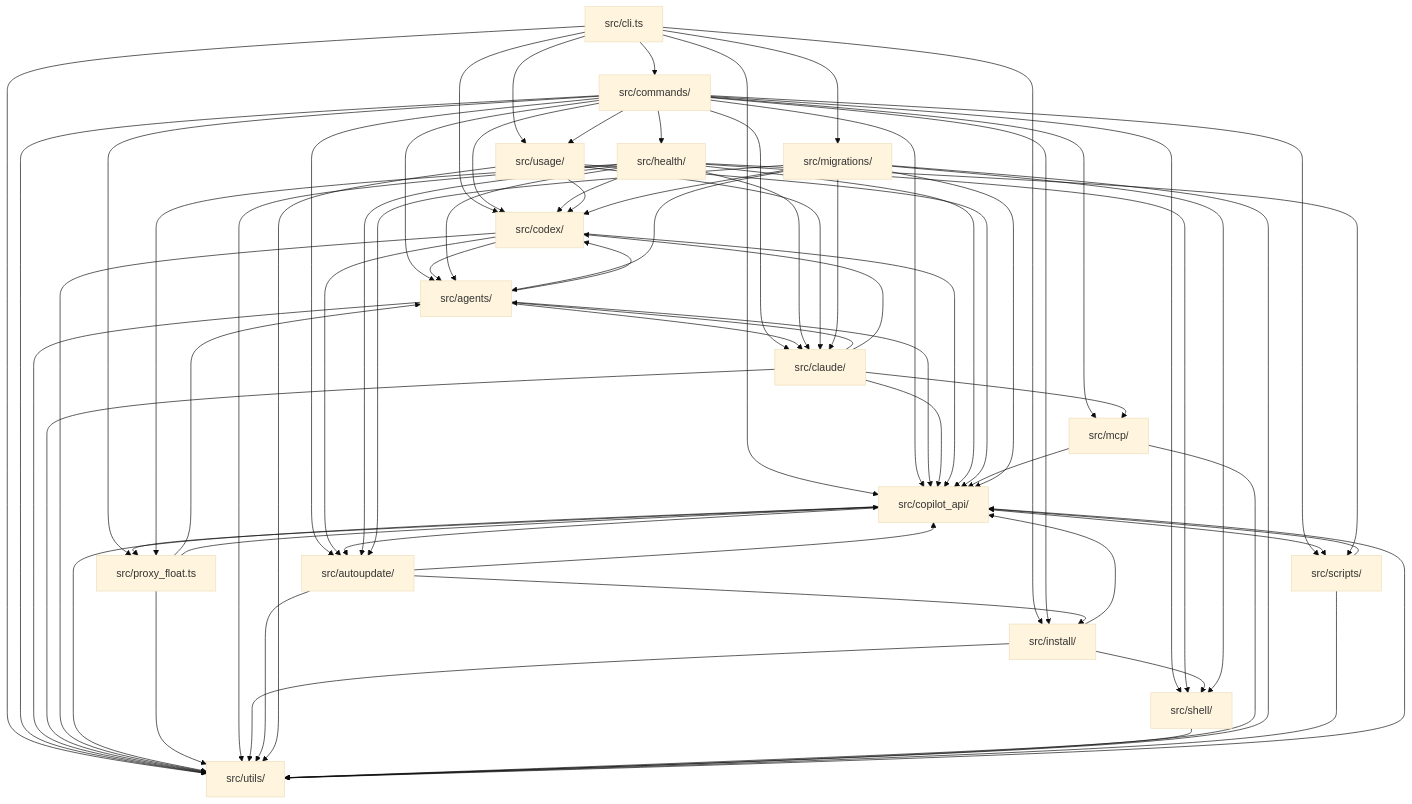
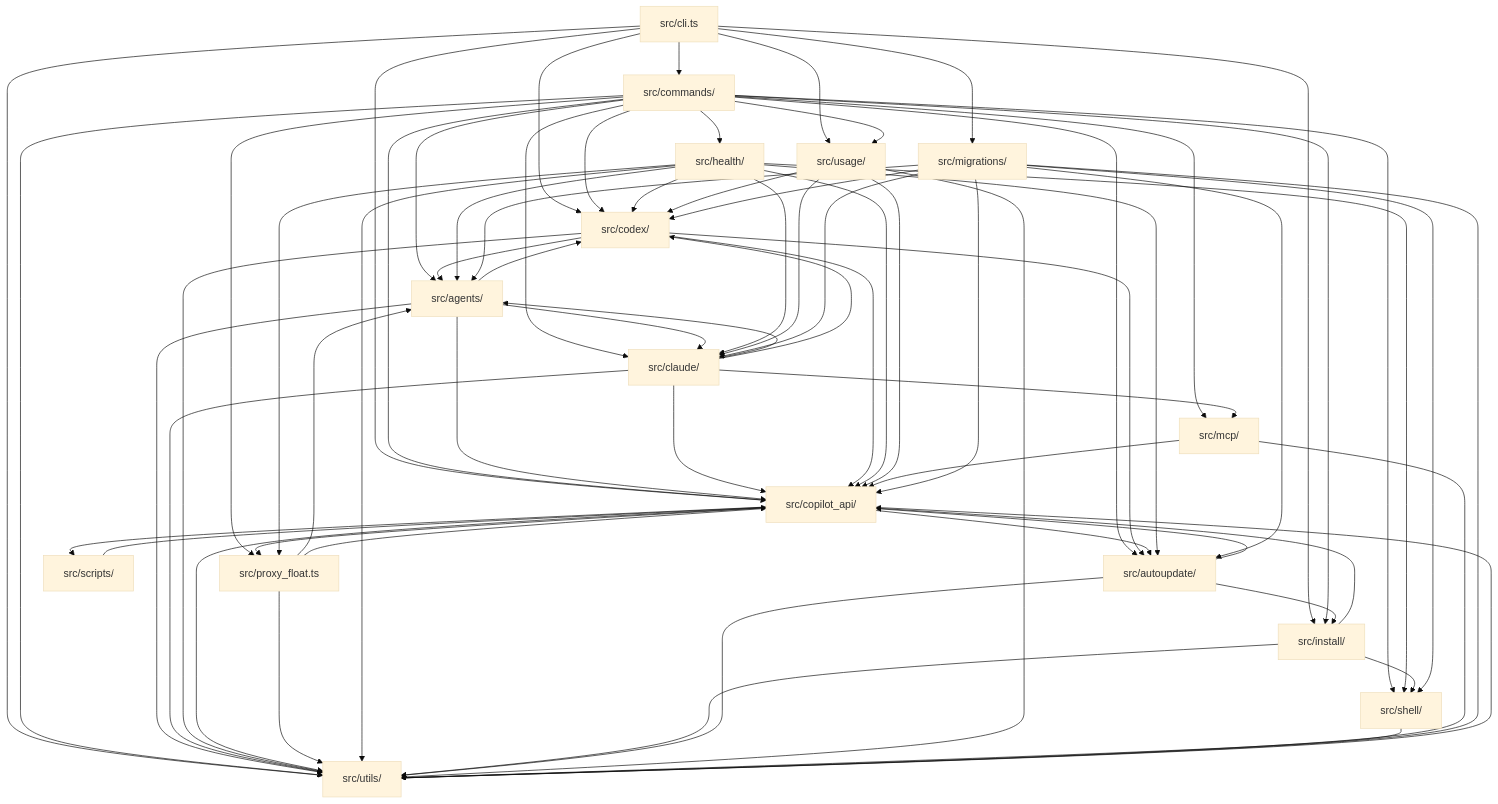
One commit to Vivswan/copilot-env changed the eighth of 8 diagrams in docs/architecture.md. Above: the diagram before and after it, drawn with Mermaid (base theme). The commit also changed 36 other files, not shown here.

````diff
--- a/docs/architecture.md
+++ b/docs/architecture.md
@@ -329,7 +329,6 @@
   commands --> install
   commands --> mcp
   commands --> proxy_float
-  commands --> scripts
   commands --> shell
   commands --> usage
   commands --> utils
@@ -359,7 +358,6 @@
   health --> codex
   health --> copilot_api
   health --> proxy_float
-  health --> scripts
   health --> shell
   health --> utils
   install --> copilot_api
@@ -383,6 +381,5 @@
   migrations --> shell
   migrations --> utils
   scripts --> copilot_api
-  scripts --> utils
   utils --> copilot_api
 ```
````
